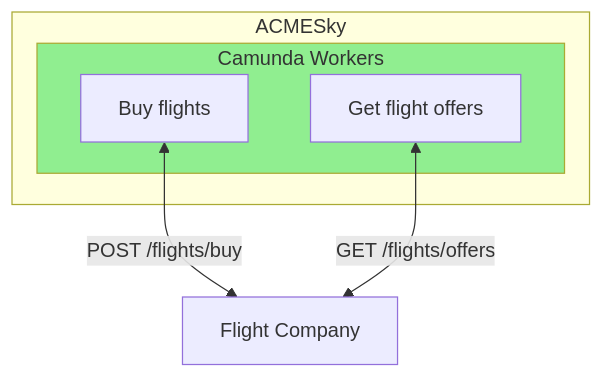
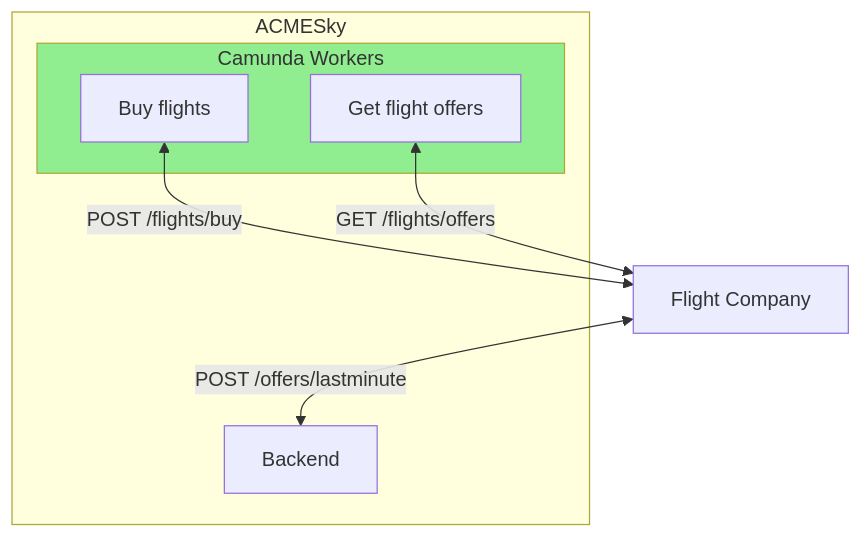
Before and after one commit to sosengers/project-documentation: the fourth of 8 diagrams in docs/implementazione/acmesky.md, drawn with Mermaid. The commit also changed other lines of this file and 1 other file, not shown here.

````diff
--- a/docs/implementazione/acmesky.md
+++ b/docs/implementazione/acmesky.md
@@ -110,14 +108,16 @@
 ```mermaid
 graph TD
 CW1 <-->|POST /flights/buy| FC[Flight Company]
 CW2 <-->|GET /flights/offers| FC[Flight Company]
+FC[Flight Company] <-->|POST /offers/lastminute|B
 
 subgraph ACMESky
+B[Backend]
 subgraph Camunda-Workers[Camunda Workers]
 CW1[Buy flights]
 CW2[Get flight offers]
 end
 end
 
 style Camunda-Workers fill:#90EE90
 ```
````
